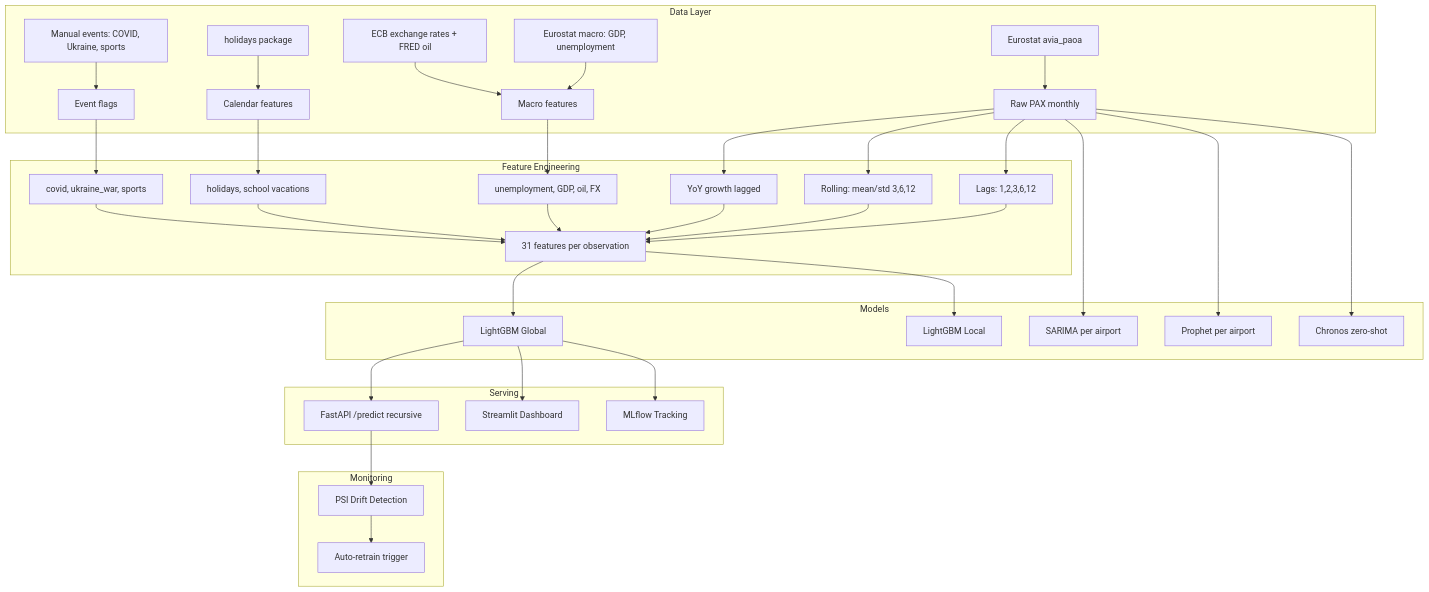
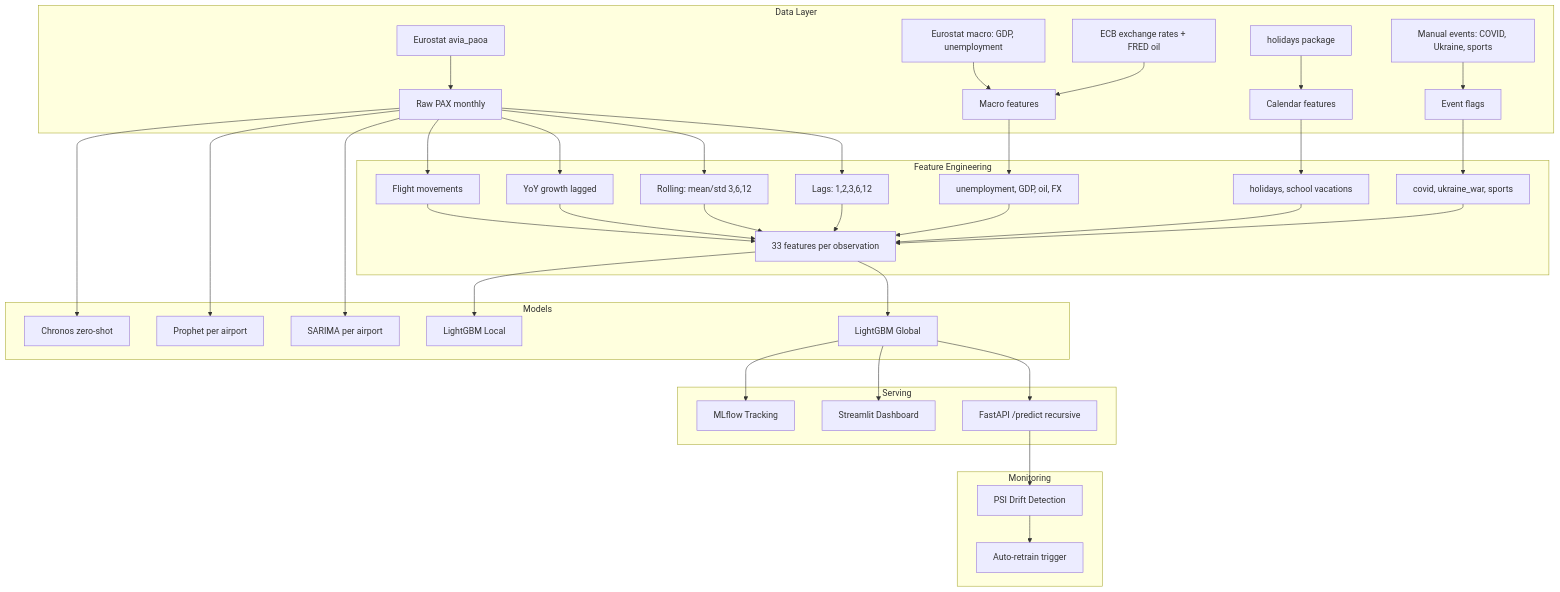
The diagram in README.md (Airohh/airport-forecasting), drawn with Mermaid before and after one commit. The commit also changed other lines of this file and 10 other files, not shown here.

First line of the commit message:
feat: add airline supply features (n_flights, pax_per_flight)

````diff
--- a/README.md
+++ b/README.md
@@ -7,39 +7,40 @@
 ```mermaid
 graph TD
     subgraph Data Layer
         A[Eurostat avia_paoa] --> D[Raw PAX monthly]
         B[Eurostat macro: GDP, unemployment] --> E[Macro features]
         C[ECB exchange rates + FRED oil] --> E
         F[holidays package] --> G[Calendar features]
         H[Manual events: COVID, Ukraine, sports] --> I[Event flags]
     end
 
     subgraph Feature Engineering
         D --> J[Lags: 1,2,3,6,12]
         D --> K[Rolling: mean/std 3,6,12]
         D --> L[YoY growth lagged]
         E --> M[unemployment, GDP, oil, FX]
         G --> N[holidays, school vacations]
         I --> O[covid, ukraine_war, sports]
-        J & K & L & M & N & O --> P[31 features per observation]
+        D --> Q2[Flight movements]
+        J & K & L & M & N & O & Q2 --> P[33 features per observation]
     end
 
     subgraph Models
         P --> Q[LightGBM Global]
         P --> R[LightGBM Local]
         D --> S[SARIMA per airport]
         D --> T[Prophet per airport]
         D --> U[Chronos zero-shot]
     end
 
     subgraph Serving
         Q --> V[FastAPI /predict recursive]
         Q --> W[Streamlit Dashboard]
         Q --> X[MLflow Tracking]
     end
 
     subgraph Monitoring
         V --> Y[PSI Drift Detection]
         Y --> Z[Auto-retrain trigger]
     end
 ```
````
